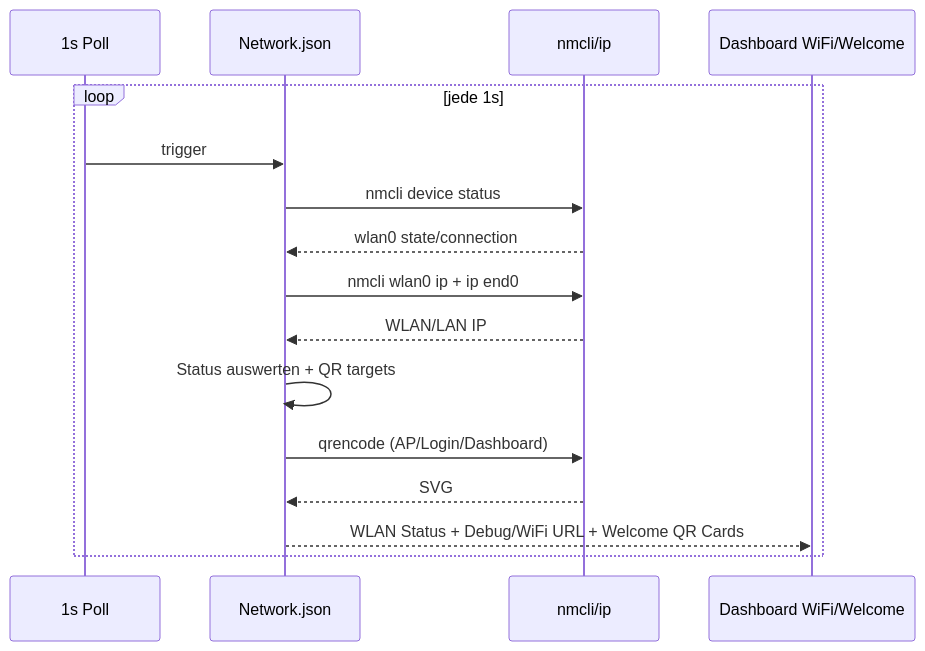
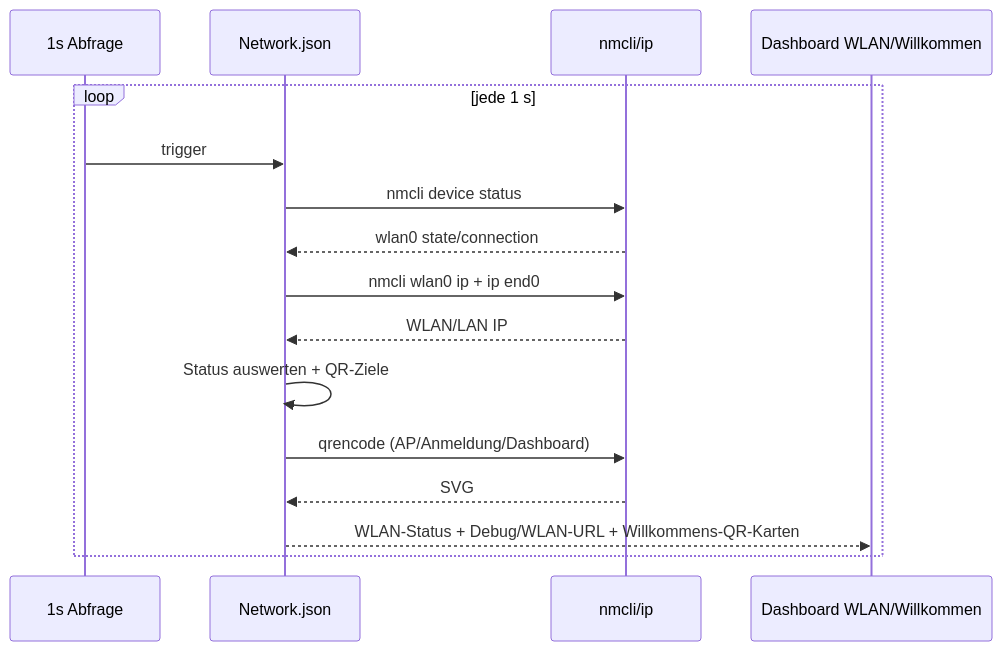
One commit to HerrnDK/Projekt changed diagram 12 of 13 in nodered/flows/FLOW_ARCHITEKTUR_PLAN.md. Above: the diagram before and after it, drawn with Mermaid. The commit also changed other lines of this file and 11 other files, not shown here.

````diff
--- a/nodered/flows/FLOW_ARCHITEKTUR_PLAN.md
+++ b/nodered/flows/FLOW_ARCHITEKTUR_PLAN.md
@@ -244,19 +244,19 @@
 ```mermaid
 sequenceDiagram
-  participant Poll as 1s Poll
+  participant Poll as 1s Abfrage
   participant Net as Network.json
   participant OS as nmcli/ip
-  participant D as Dashboard WiFi/Welcome
+  participant D as Dashboard WLAN/Willkommen
 
-  loop jede 1s
+  loop jede 1 s
     Poll->>Net: trigger
     Net->>OS: nmcli device status
     OS-->>Net: wlan0 state/connection
     Net->>OS: nmcli wlan0 ip + ip end0
     OS-->>Net: WLAN/LAN IP
-    Net->>Net: Status auswerten + QR targets
-    Net->>OS: qrencode (AP/Login/Dashboard)
+    Net->>Net: Status auswerten + QR-Ziele
+    Net->>OS: qrencode (AP/Anmeldung/Dashboard)
     OS-->>Net: SVG
-    Net-->>D: WLAN Status + Debug/WiFi URL + Welcome QR Cards
+    Net-->>D: WLAN-Status + Debug/WLAN-URL + Willkommens-QR-Karten
   end
 ```
````
